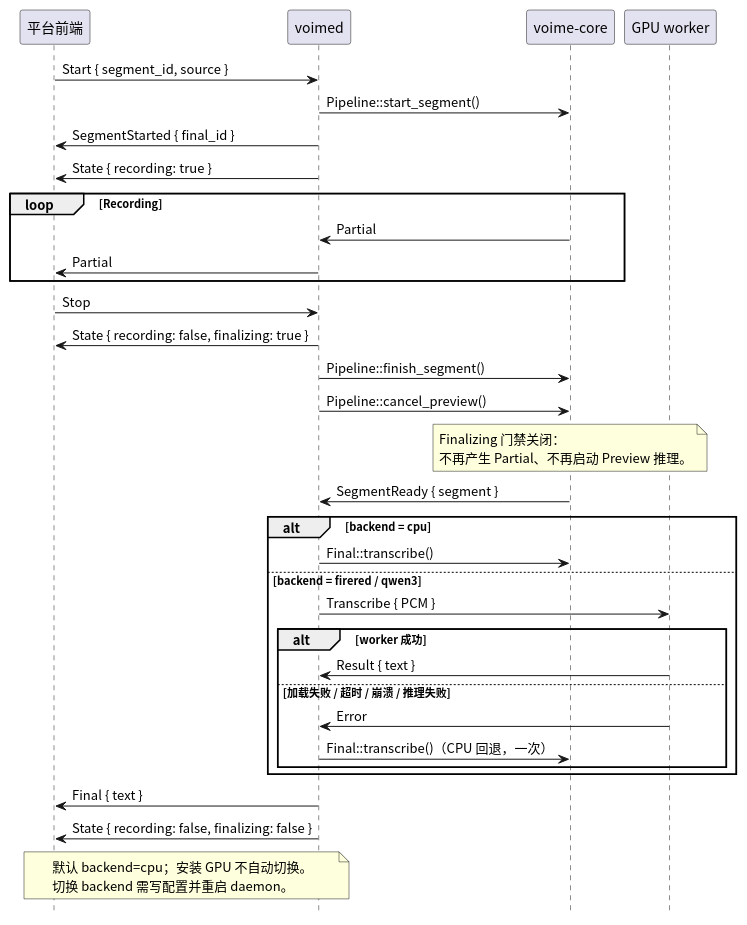
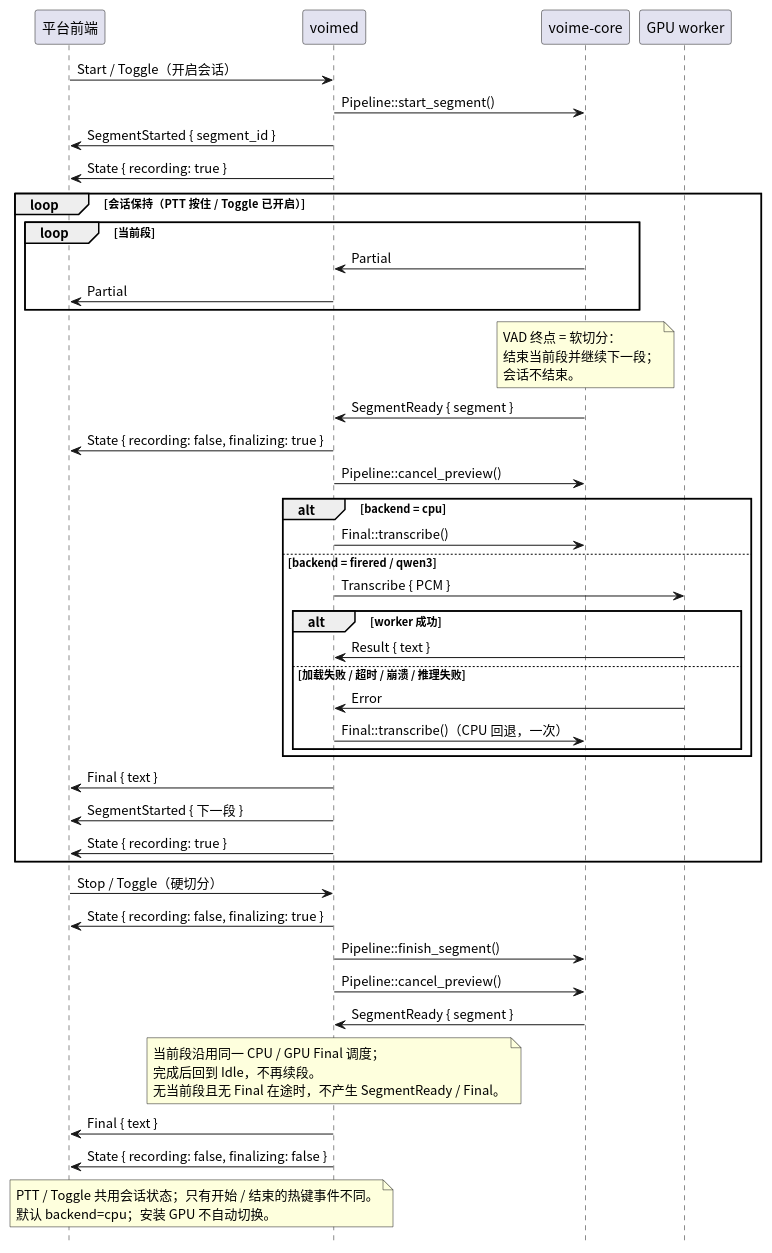
Before and after one commit to 54m43lJ/voime: the diagram in crates/voimed/diagram/session-state.puml, drawn with PlantUML. The commit also changed 39 other files, not shown here.

```diff
--- a/crates/voimed/diagram/session-state.puml
+++ b/crates/voimed/diagram/session-state.puml
@@ -1,50 +1,68 @@
 @startuml
 skinparam defaultFontName "Noto Sans CJK SC"
 skinparam shadowing false
 hide footbox
 
 participant "平台前端" as Frontend
 participant "voimed" as Daemon
 participant "voime-core" as Core
 participant "GPU worker" as Worker
 
-Frontend -> Daemon : Start { segment_id, source }
+Frontend -> Daemon : Start / Toggle（开启会话）
 Daemon -> Core : Pipeline::start_segment()
-Daemon -> Frontend : SegmentStarted { final_id }
+Daemon -> Frontend : SegmentStarted { segment_id }
 Daemon -> Frontend : State { recording: true }
 
-loop Recording
-  Core -> Daemon : Partial
-  Daemon -> Frontend : Partial
+loop 会话保持（PTT 按住 / Toggle 已开启）
+  loop 当前段
+    Core -> Daemon : Partial
+    Daemon -> Frontend : Partial
+  end
+
+  note over Core
+    VAD 终点 = 软切分：
+    结束当前段并继续下一段；
+    会话不结束。
+  end note
+
+  Core -> Daemon : SegmentReady { segment }
+  Daemon -> Frontend : State { recording: false, finalizing: true }
+  Daemon -> Core : Pipeline::cancel_preview()
+
+  alt backend = cpu
+    Daemon -> Core : Final::transcribe()
+  else backend = firered / qwen3
+    Daemon -> Worker : Transcribe { PCM }
+    alt worker 成功
+      Worker -> Daemon : Result { text }
+    else 加载失败 / 超时 / 崩溃 / 推理失败
+      Worker -> Daemon : Error
+      Daemon -> Core : Final::transcribe()（CPU 回退，一次）
+    end
+  end
+
+  Daemon -> Frontend : Final { text }
+  Daemon -> Frontend : SegmentStarted { 下一段 }
+  Daemon -> Frontend : State { recording: true }
 end
 
-Frontend -> Daemon : Stop
+Frontend -> Daemon : Stop / Toggle（硬切分）
 Daemon -> Frontend : State { recording: false, finalizing: true }
 Daemon -> Core : Pipeline::finish_segment()
 Daemon -> Core : Pipeline::cancel_preview()
-note over Core
-  Finalizing 门禁关闭：
-  不再产生 Partial、不再启动 Preview 推理。
-end note
 Core -> Daemon : SegmentReady { segment }
 
-alt backend = cpu
-  Daemon -> Core : Final::transcribe()
-else backend = firered / qwen3
-  Daemon -> Worker : Transcribe { PCM }
-  alt worker 成功
-    Worker -> Daemon : Result { text }
-  else 加载失败 / 超时 / 崩溃 / 推理失败
-    Worker -> Daemon : Error
-    Daemon -> Core : Final::transcribe()（CPU 回退，一次）
-  end
-end
+note over Daemon
+  当前段沿用同一 CPU / GPU Final 调度；
+  完成后回到 Idle，不再续段。
+  无当前段且无 Final 在途时，不产生 SegmentReady / Final。
+end note
 
 Daemon -> Frontend : Final { text }
 Daemon -> Frontend : State { recording: false, finalizing: false }
 
 note over Frontend, Daemon
+  PTT / Toggle 共用会话状态；只有开始 / 结束的热键事件不同。
   默认 backend=cpu；安装 GPU 不自动切换。
-  切换 backend 需写配置并重启 daemon。
 end note
 @enduml
```
